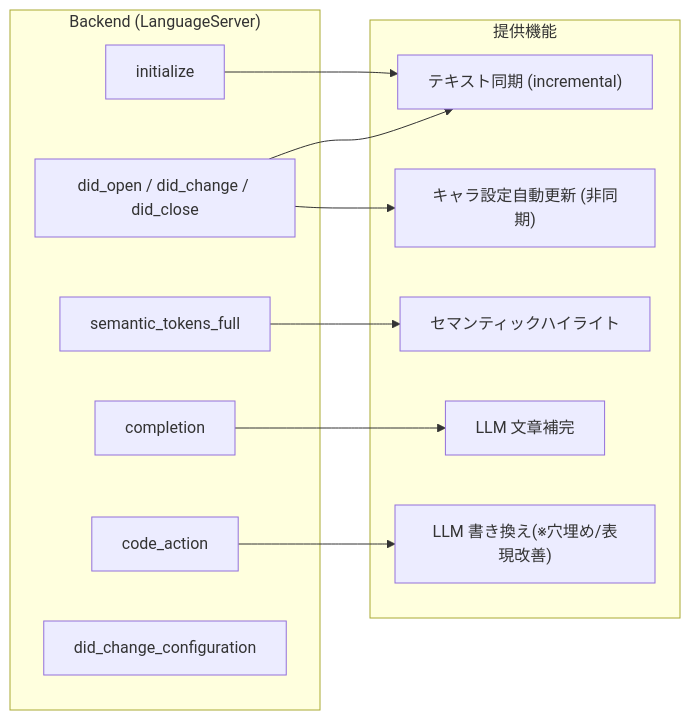
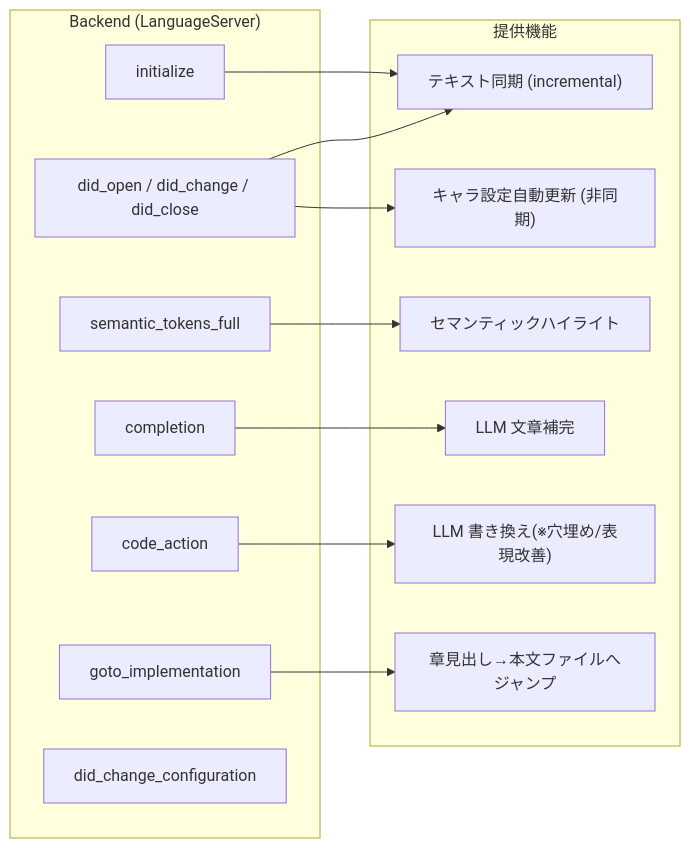
The diagram in docs/lsp-handlers.md (Talos208/fifty_four), drawn with Mermaid before and after one commit. The commit also changed other lines of this file and 7 other files, not shown here.

````diff
--- a/docs/lsp-handlers.md
+++ b/docs/lsp-handlers.md
@@ -5,26 +5,29 @@
 ```mermaid
 flowchart LR
     subgraph Handlers["Backend (LanguageServer)"]
         init["initialize"]
         open["did_open / did_change / did_close"]
         sem["semantic_tokens_full"]
         comp["completion"]
         ca["code_action"]
+        gi["goto_implementation"]
         cfg["did_change_configuration"]
     end
 
     subgraph Capabilities["提供機能"]
         sync["テキスト同期 (incremental)"]
         highlight["セマンティックハイライト"]
         complete["LLM 文章補完"]
         rewrite["LLM 書き換え(※穴埋め/表現改善)"]
         charupd["キャラ設定自動更新 (非同期)"]
+        chapterjump["章見出し→本文ファイルへジャンプ"]
     end
 
     init --> sync
     open --> sync
     open --> charupd
     sem --> highlight
     comp --> complete
     ca --> rewrite
+    gi --> chapterjump
 ```
````
